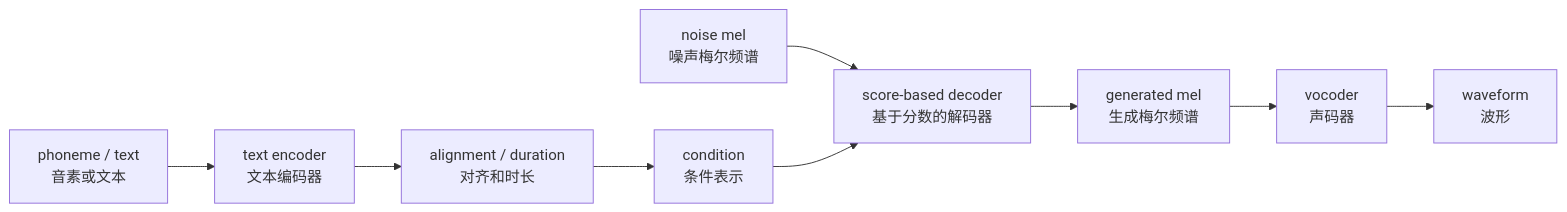
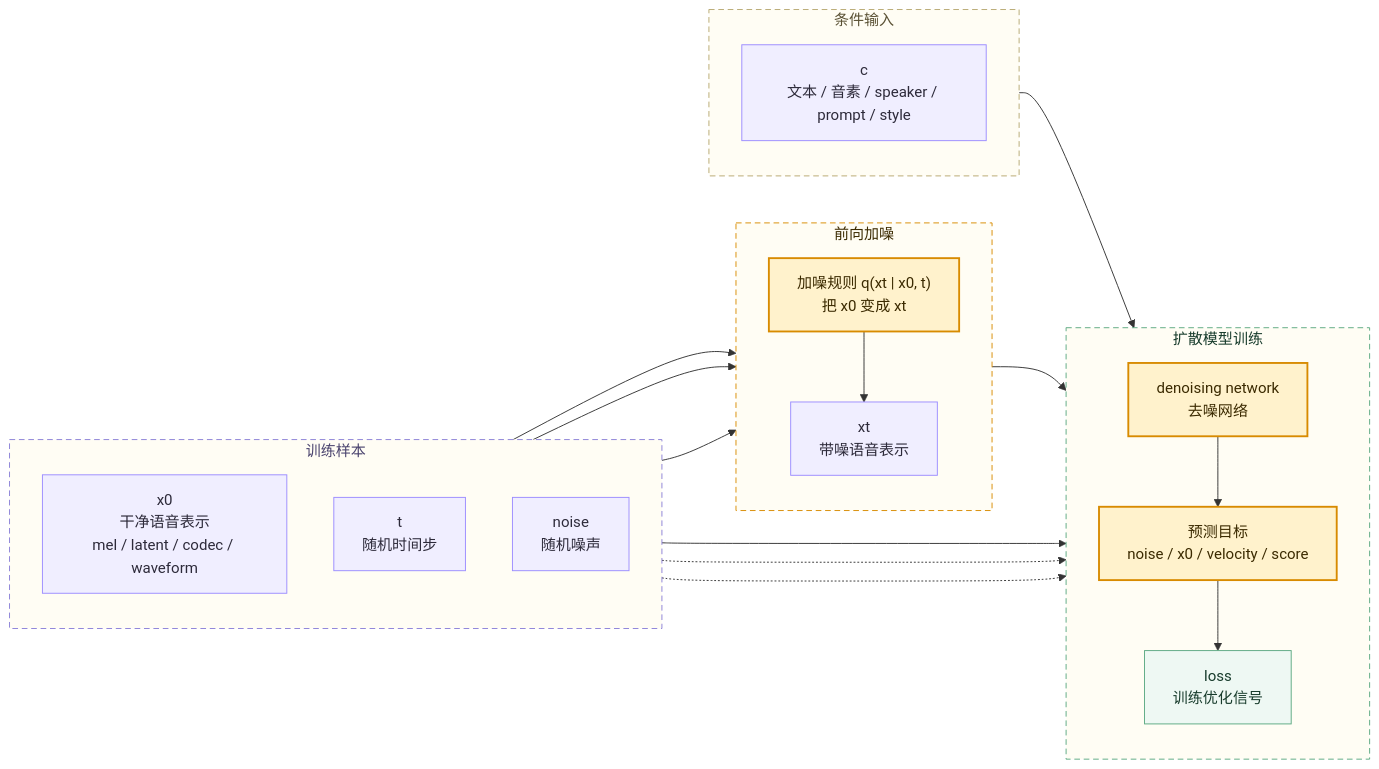
The second of 5 diagrams in books/chapter10_扩散模型与新一代TTS.md (dugenkui03/OmniVoice), drawn with Mermaid before and after one commit. The commit also changed other lines of this file and 11 other files, not shown here.

````diff
--- a/books/chapter10_扩散模型与新一代TTS.md
+++ b/books/chapter10_扩散模型与新一代TTS.md
@@ -220,11 +129,49 @@
 ```mermaid
 flowchart LR
-    A["phoneme / text<br/>音素或文本"] --> B["text encoder<br/>文本编码器"]
-    B --> C["alignment / duration<br/>对齐和时长"]
-    C --> D["condition<br/>条件表示"]
-    E["noise mel<br/>噪声梅尔频谱"] --> F["score-based decoder<br/>基于分数的解码器"]
-    D --> F
-    F --> G["generated mel<br/>生成梅尔频谱"]
-    G --> H["vocoder<br/>声码器"]
-    H --> I["waveform<br/>波形"]
+    subgraph dataStage["训练样本"]
+        direction TB
+        A["x0<br/>干净语音表示<br/>mel / latent / codec / waveform"]
+        B["t<br/>随机时间步"]
+        C["noise<br/>随机噪声"]
+    end
+
+    subgraph noisingStage["前向加噪"]
+        direction TB
+        D["加噪规则 q(xt | x0, t)<br/>把 x0 变成 xt"]
+        E["xt<br/>带噪语音表示"]
+    end
+
+    subgraph conditionStage["条件输入"]
+        direction TB
+        F["c<br/>文本 / 音素 / speaker / prompt / style"]
+    end
+
+    subgraph modelStage["扩散模型训练"]
+        direction TB
+        G["denoising network<br/>去噪网络"]
+        H["预测目标<br/>noise / x0 / velocity / score"]
+        I["loss<br/>训练优化信号"]
+    end
+
+    A --> D
+    B --> D
+    C --> D
+    D --> E
+    E --> G
+    B --> G
+    F --> G
+    G --> H --> I
+    A -.-> I
+    C -.-> I
+
+    classDef data fill:#F0EEFF,stroke:#9B8CFF,color:#2D2A3A;
+    classDef process fill:#FFF2CC,stroke:#D88B00,stroke-width:2px,color:#3B2A00;
+    classDef output fill:#EEF8F3,stroke:#5CA982,color:#173B2B;
+    class A,B,C,E,F data;
+    class D,G,H process;
+    class I output;
+    style dataStage fill:#FFFDF4,stroke:#8B80D8,stroke-dasharray:6 4,color:#4A436E;
+    style noisingStage fill:#FFFDF4,stroke:#D88B00,stroke-dasharray:6 4,color:#3B2A00;
+    style conditionStage fill:#FFFDF4,stroke:#B7A870,stroke-dasharray:6 4,color:#5A5134;
+    style modelStage fill:#FFFDF4,stroke:#5CA982,stroke-dasharray:6 4,color:#173B2B;
 ```
````
